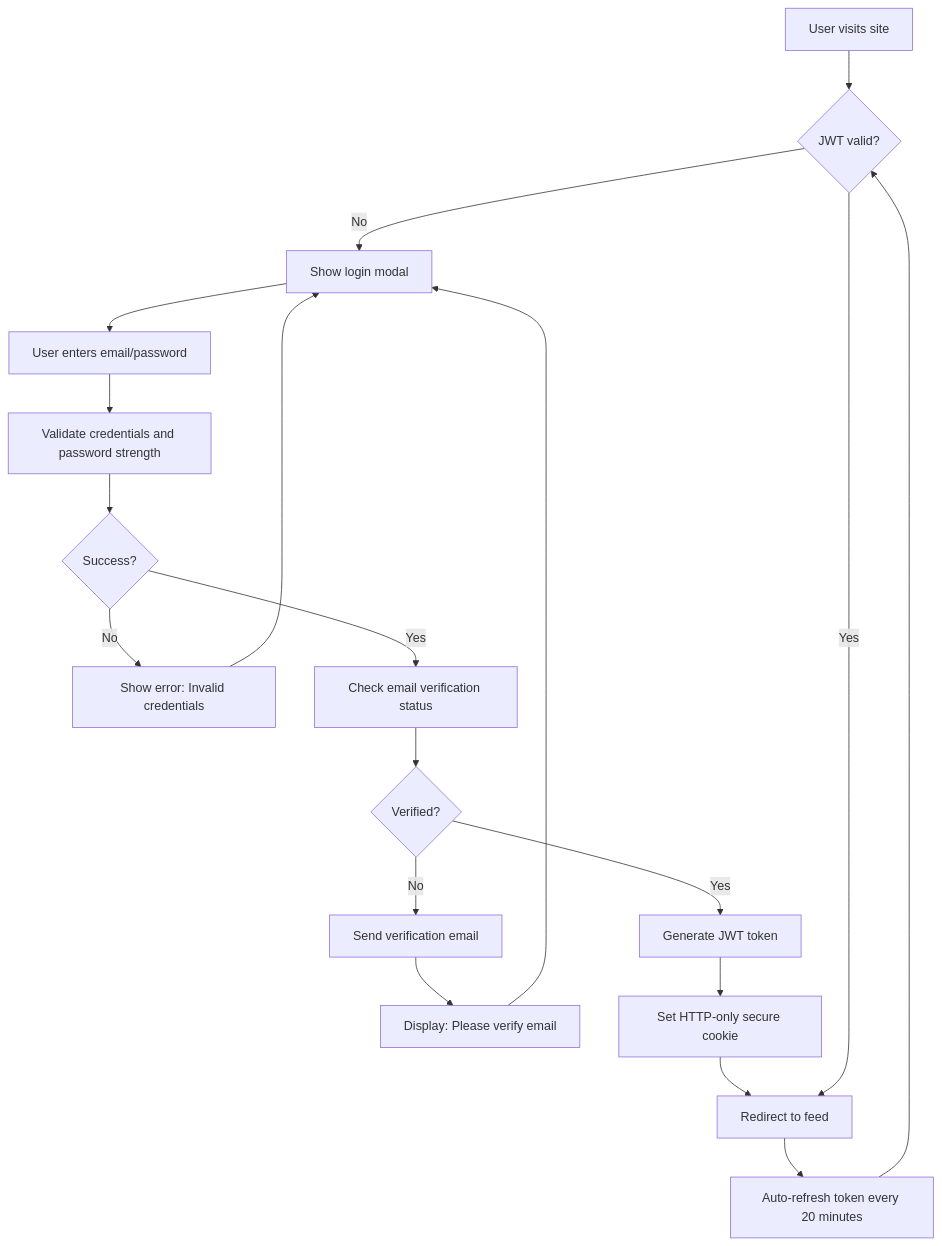
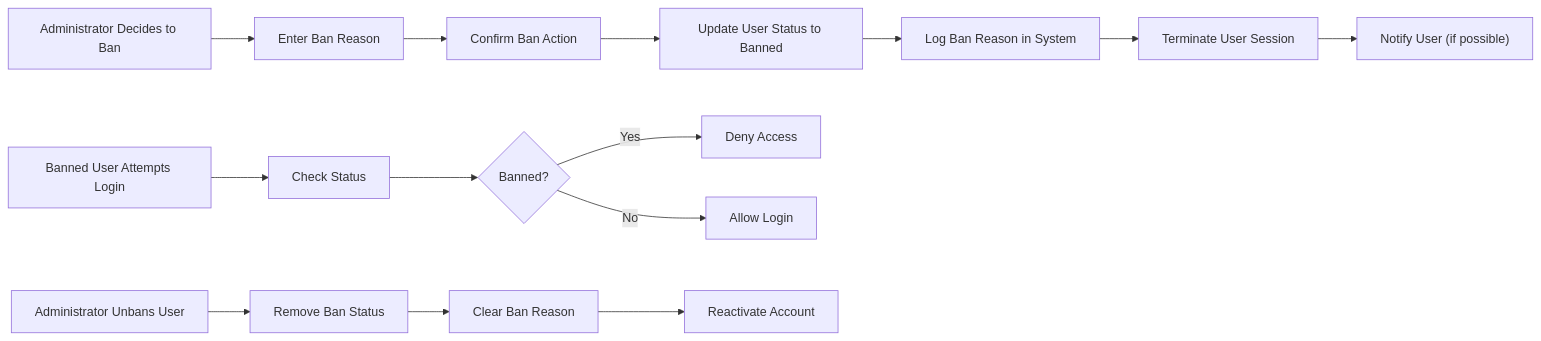
Before and after one commit to wrtnlabs/autobe-examples: the third of 4 diagrams in qwen/qwen3-next-80b-a3b-instruct/bbs/docs/analysis/00-toc.md, drawn with Mermaid. The commit also changed other lines of this file and 9391 other files, not shown here.

````diff
--- a/qwen/qwen3-next-80b-a3b-instruct/bbs/docs/analysis/00-toc.md
+++ b/qwen/qwen3-next-80b-a3b-instruct/bbs/docs/analysis/00-toc.md
@@ -137,22 +416,16 @@
 ```mermaid
-graph TD
-    A["User visits site"] --> B{"JWT valid?"}
-    B -- No --> C["Show login modal"]
-    C --> D["User enters email/password"]
-    D --> E["Validate credentials and password strength"]
-    E --> F{"Success?"}
-    F -- No --> G["Show error: Invalid credentials"]
-    G --> C
-    F -- Yes --> H["Check email verification status"]
-    H --> I{"Verified?"}
-    I -- No --> J["Send verification email"]
-    J --> K["Display: Please verify email"]
-    K --> C
-    I -- Yes --> L["Generate JWT token"]
-    L --> M["Set HTTP-only secure cookie"]
-    M --> N["Redirect to feed"]
-    
-    B -- Yes --> N
-    N --> O["Auto-refresh token every 20 minutes"]
-    O --> B
+graph LR
+  A["Administrator Decides to Ban"] --> B["Enter Ban Reason"]
+  B --> C["Confirm Ban Action"]
+  C --> D["Update User Status to Banned"]
+  D --> E["Log Ban Reason in System"]
+  E --> F["Terminate User Session"]
+  F --> G["Notify User (if possible)"]
+  H["Banned User Attempts Login"] --> I["Check Status"]
+  I --> J{"Banned?"}
+  J -->|Yes| K["Deny Access"]
+  J -->|No| L["Allow Login"]
+  M["Administrator Unbans User"] --> N["Remove Ban Status"]
+  N --> O["Clear Ban Reason"]
+  O --> P["Reactivate Account"]
 ```
````
